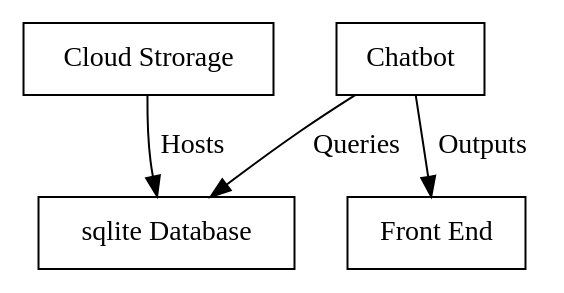
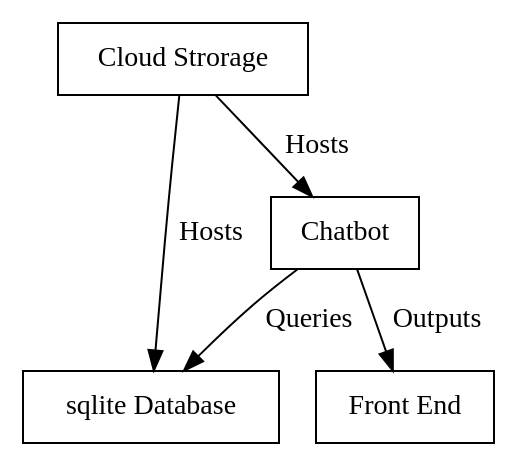
One commit to VCU-CS-Capstone/cs-25-314-Chatbot-for-Undergraduate-CS changed the diagram in Staging/Eric Staging/DesignDocument/Design.qmd. Above: the diagram before and after it, drawn with Graphviz. The commit also changed other lines of this file and 1 other file, not shown here.

````diff
--- a/Staging/Eric Staging/DesignDocument/Design.qmd
+++ b/Staging/Eric Staging/DesignDocument/Design.qmd
@@ -20,15 +20,16 @@
 ```{dot}
 digraph G {
     node [shape=box];
 
     Cloud_Storage [label = "Cloud Strorage"];
     sqlite_Database [label="sqlite Database"];
     Chatbot [label="Chatbot"];
     Front_End [label="Front End"];
 
     Cloud_Storage -> sqlite_Database [label="Hosts"];
     Chatbot -> sqlite_Database [label="Queries"];
-    Chatbot -> Front_End [label="Outputs"]
+    Chatbot -> Front_End [label="Outputs"];
+    Cloud_Storage -> Chatbot [label="Hosts"];
 
 }
 ```
````
